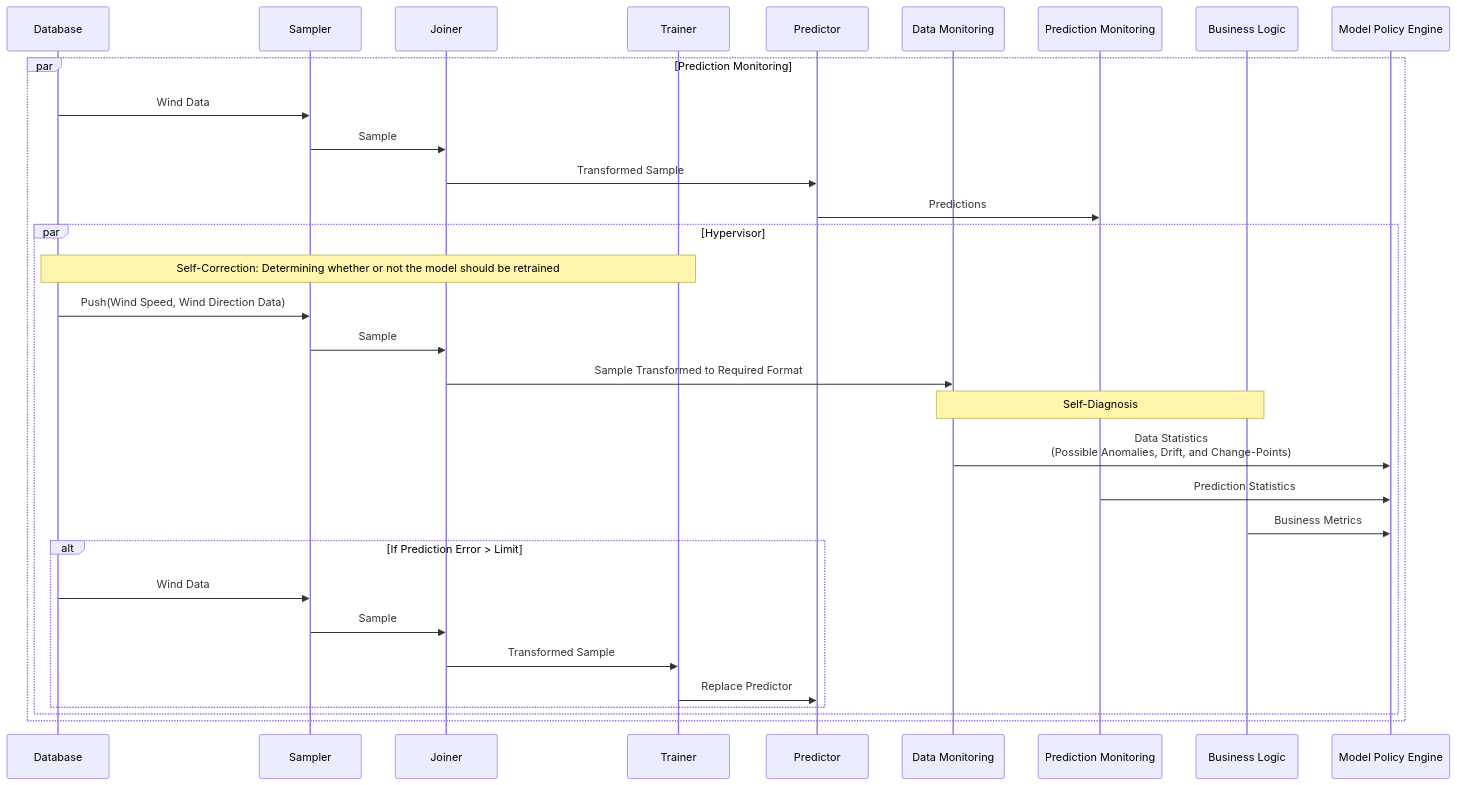
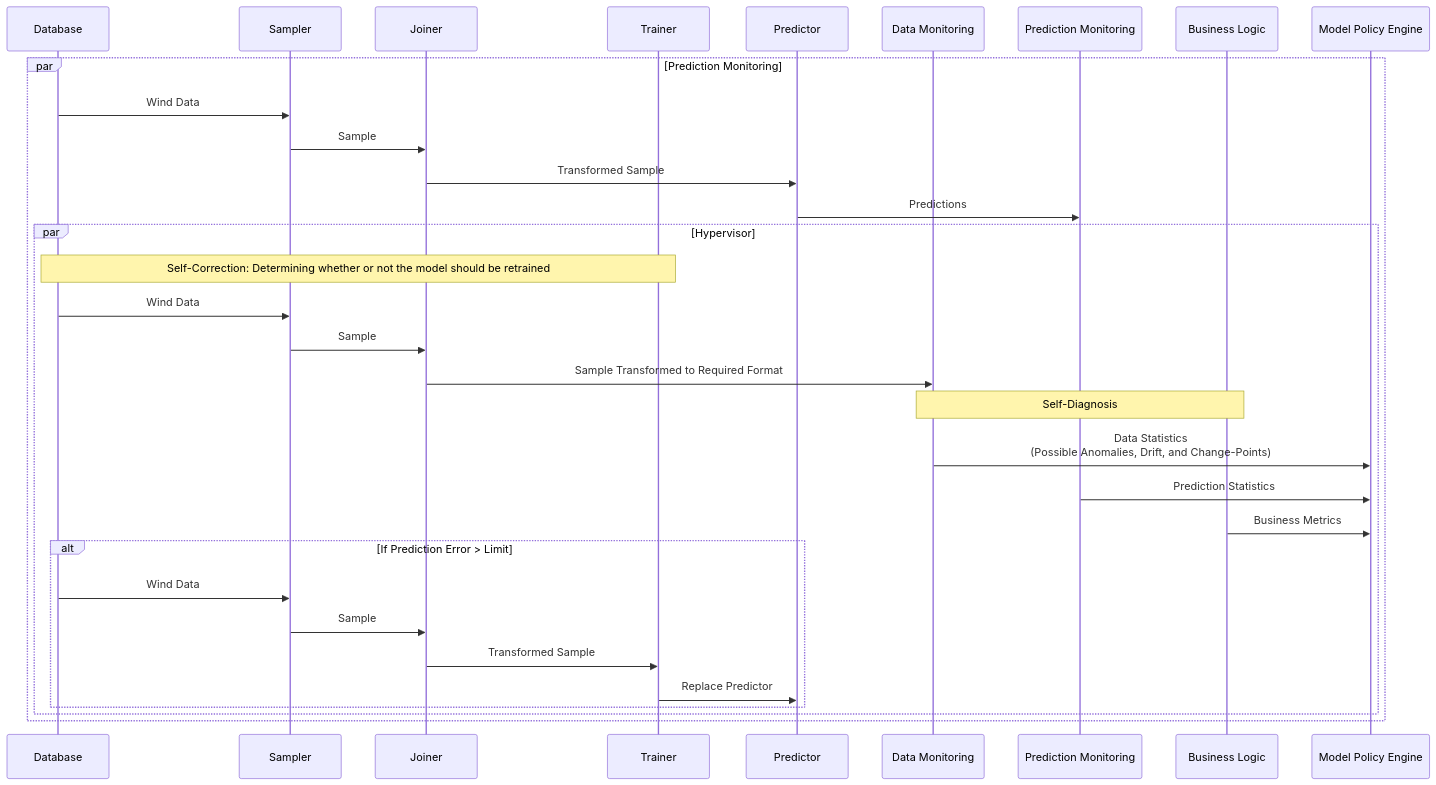
The second of 2 diagrams in system_design_diagrams.md (hannahmehravari/dissertation), drawn with Mermaid before and after one commit.

````diff
--- a/system_design_diagrams.md
+++ b/system_design_diagrams.md
@@ -46,34 +46,34 @@
 ```mermaid
 sequenceDiagram
     participant Database
     participant Sampler
     participant Joiner
     participant Trainer
     participant Predictor
     participant Data Monitoring
     participant Prediction Monitoring
     participant Business Logic
     participant Model Policy Engine
     par Prediction Monitoring
     Database->>Sampler:Wind Data
     Sampler->>Joiner:Sample 
     Joiner->>Predictor:Transformed Sample
     Predictor->>Prediction Monitoring:Predictions
     par Hypervisor
     Note over Database, Trainer: Self-Correction: Determining whether or not the model should be retrained
-    Database->>Sampler:Push(Wind Speed, Wind Direction Data)
+    Database->>Sampler:Wind Data
     Sampler->>Joiner:Sample 
     Joiner->>Data Monitoring:Sample Transformed to Required Format
     Note over Data Monitoring,Business Logic: Self-Diagnosis
     Data Monitoring->>Model Policy Engine:Data Statistics<br>(Possible Anomalies, Drift, and Change-Points)
     Prediction Monitoring->>Model Policy Engine:Prediction Statistics   
     Business Logic->>Model Policy Engine: Business Metrics
     alt If Prediction Error > Limit
     Database->>Sampler:Wind Data
     Sampler->>Joiner:Sample 
     Joiner->>Trainer:Transformed Sample
     Trainer->>Predictor: Replace Predictor
     end
     end
     end
 ```
````
